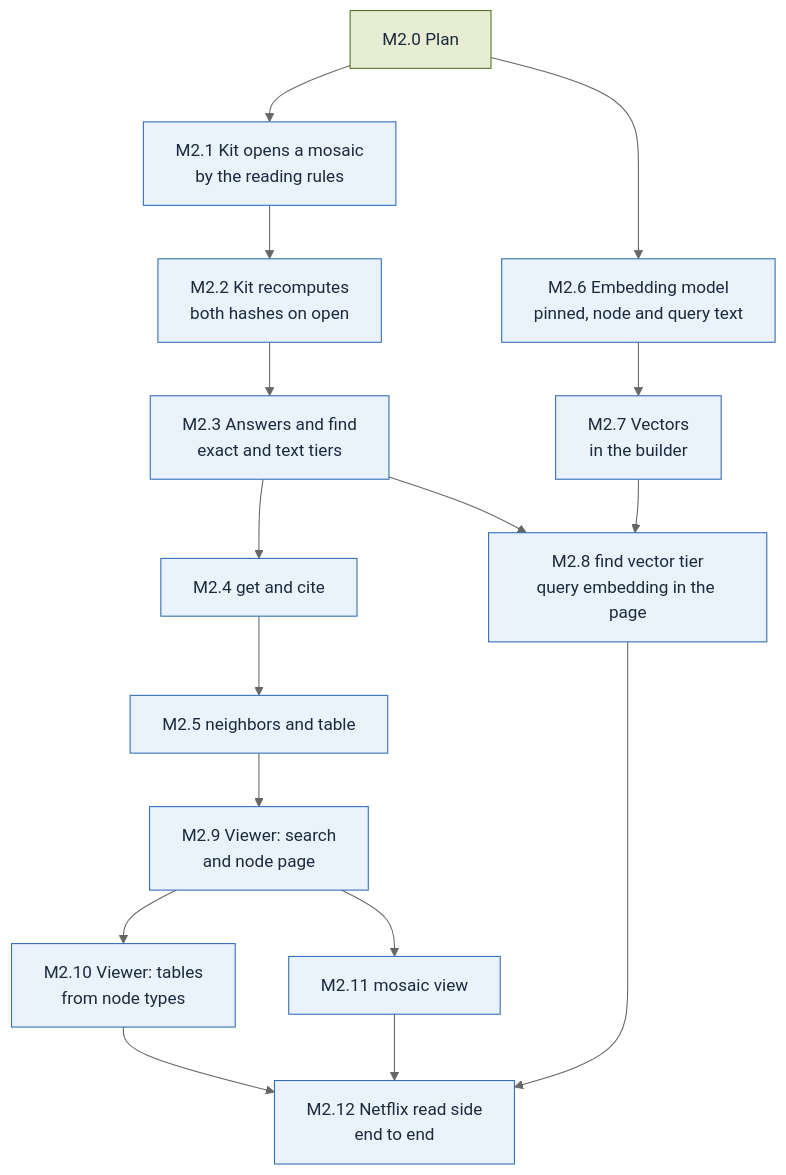
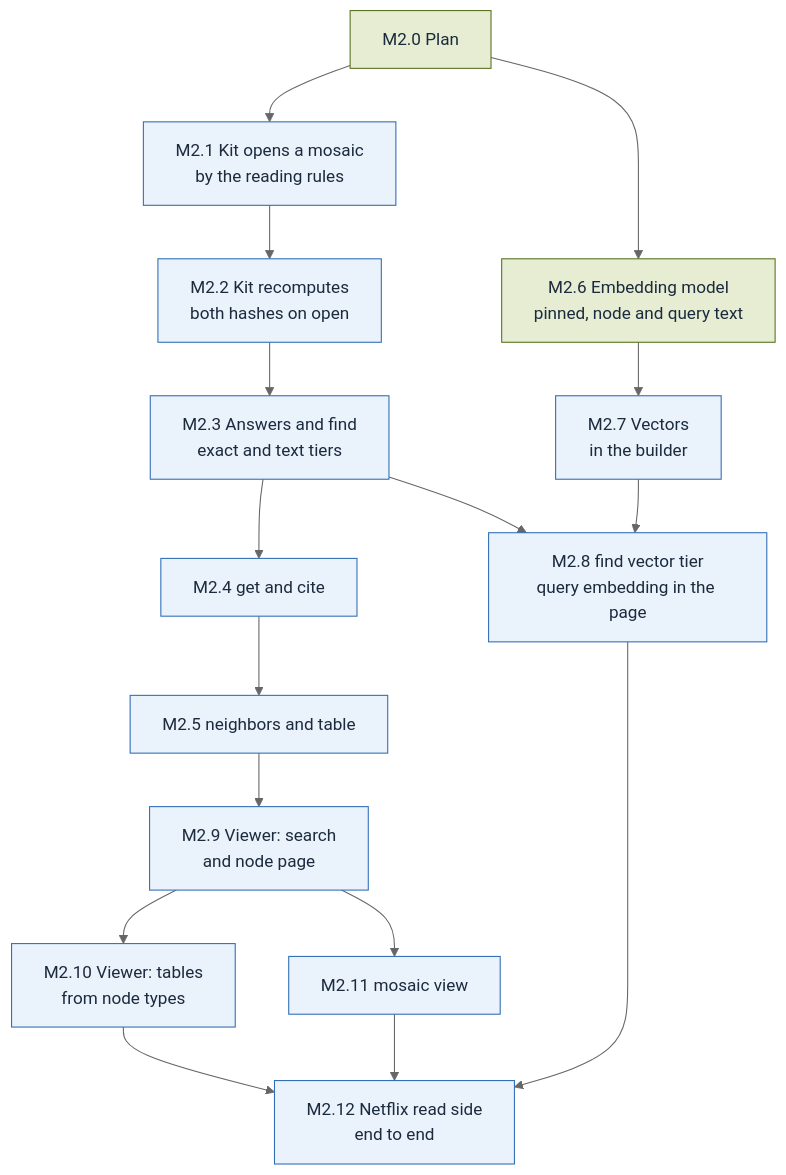
Before and after one commit to alcjor/Mosaic: the diagram in plan/M2.md, drawn with Mermaid (neutral theme). The commit also changed other lines of this file and 7 other files, not shown here.

````diff
--- a/plan/M2.md
+++ b/plan/M2.md
@@ -3,36 +3,36 @@
 ```mermaid
 flowchart TD
   M2_0["M2.0 Plan"]
   M2_1["M2.1 Kit opens a mosaic<br/>by the reading rules"]
   M2_2["M2.2 Kit recomputes<br/>both hashes on open"]
   M2_3["M2.3 Answers and find<br/>exact and text tiers"]
   M2_4["M2.4 get and cite"]
   M2_5["M2.5 neighbors and table"]
   M2_6["M2.6 Embedding model<br/>pinned, node and query text"]
   M2_7["M2.7 Vectors<br/>in the builder"]
   M2_8["M2.8 find vector tier<br/>query embedding in the page"]
   M2_9["M2.9 Viewer: search<br/>and node page"]
   M2_10["M2.10 Viewer: tables<br/>from node types"]
   M2_11["M2.11 mosaic view"]
   M2_12["M2.12 Netflix read side<br/>end to end"]
   M2_0 --> M2_1
   M2_1 --> M2_2
   M2_2 --> M2_3
   M2_3 --> M2_4
   M2_4 --> M2_5
   M2_0 --> M2_6
   M2_6 --> M2_7
   M2_3 --> M2_8
   M2_7 --> M2_8
   M2_5 --> M2_9
   M2_9 --> M2_10
   M2_9 --> M2_11
   M2_8 --> M2_12
   M2_10 --> M2_12
   M2_11 --> M2_12
   classDef done fill:#E6EDD3,stroke:#55701F,color:#1B2A3D
   classDef todo fill:#EAF2FB,stroke:#2F6DB5,color:#1B2A3D
   classDef parked fill:#FCEFCF,stroke:#F2B630,color:#1B2A3D
-  class M2_0 done
-  class M2_1,M2_2,M2_3,M2_4,M2_5,M2_6,M2_7,M2_8,M2_9,M2_10,M2_11,M2_12 todo
+  class M2_0,M2_6 done
+  class M2_1,M2_2,M2_3,M2_4,M2_5,M2_7,M2_8,M2_9,M2_10,M2_11,M2_12 todo
 ```
````
